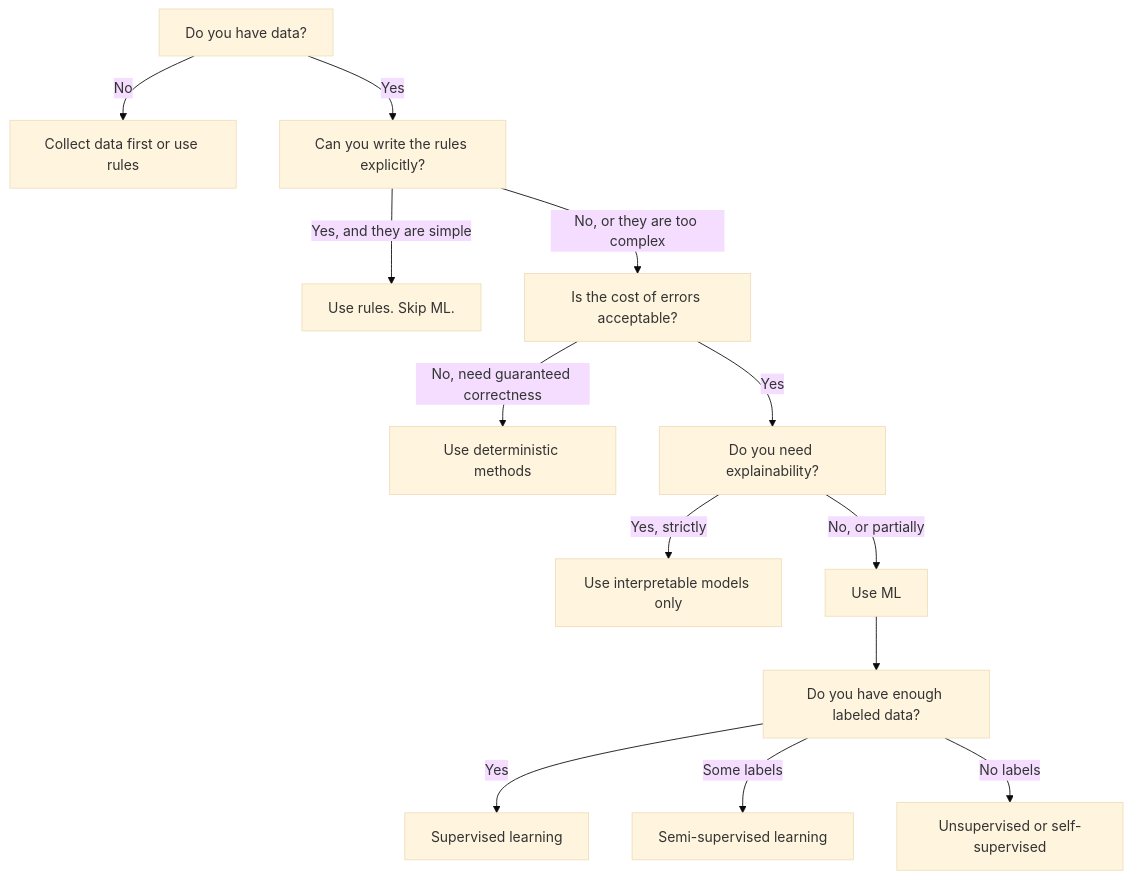
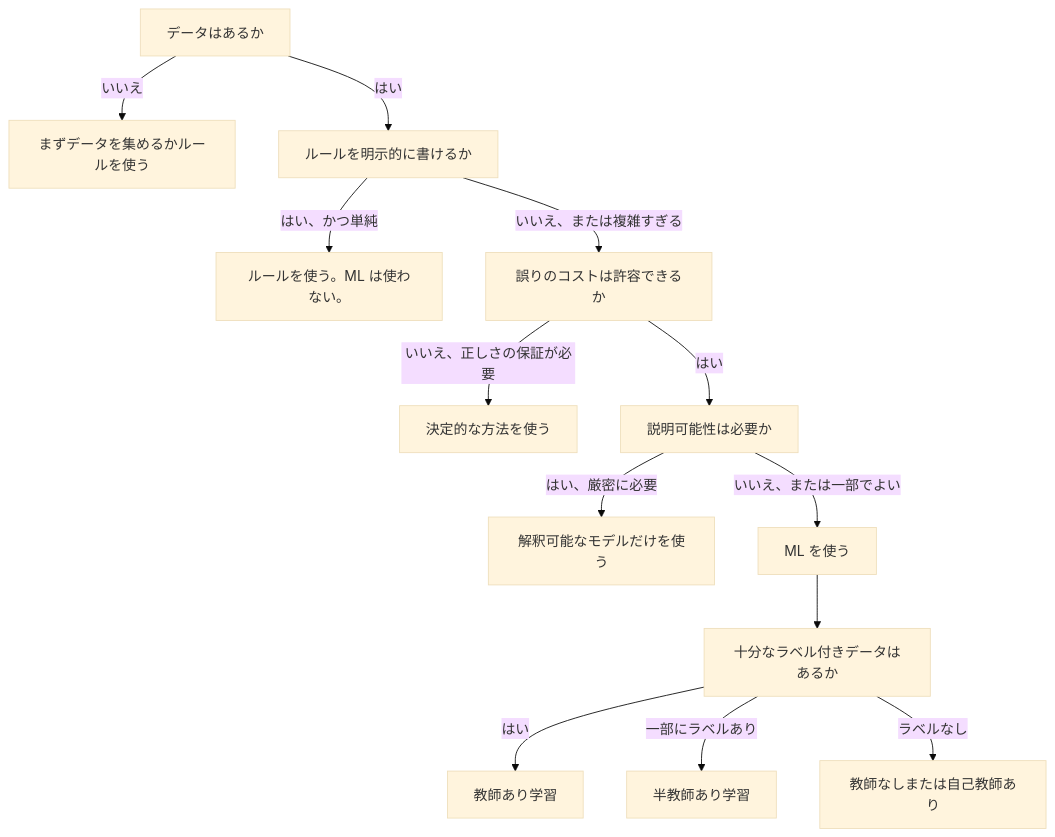
Before and after one commit to rohitg00/ai-engineering-from-scratch: the sixth of 6 diagrams in phases/02-ml-fundamentals/01-what-is-machine-learning/docs/en.md, drawn with Mermaid (base theme). The commit also changed other lines of this file and 1935 other files, not shown here.

````diff
--- a/phases/02-ml-fundamentals/01-what-is-machine-learning/docs/en.md
+++ b/phases/02-ml-fundamentals/01-what-is-machine-learning/docs/en.md
@@ -275,15 +275,15 @@
 ```mermaid
 flowchart TD
-    A["Do you have data?"] -->|No| B["Collect data first or use rules"]
-    A -->|Yes| C["Can you write the rules explicitly?"]
-    C -->|"Yes, and they are simple"| D["Use rules. Skip ML."]
-    C -->|"No, or they are too complex"| E["Is the cost of errors acceptable?"]
-    E -->|"No, need guaranteed correctness"| F["Use deterministic methods"]
-    E -->|Yes| G["Do you need explainability?"]
-    G -->|"Yes, strictly"| H["Use interpretable models only"]
-    G -->|"No, or partially"| I["Use ML"]
-    I --> J["Do you have enough labeled data?"]
-    J -->|Yes| K["Supervised learning"]
-    J -->|"Some labels"| L["Semi-supervised learning"]
-    J -->|"No labels"| M["Unsupervised or self-supervised"]
+    A["データはあるか"] -->|いいえ| B["まずデータを集めるかルールを使う"]
+    A -->|はい| C["ルールを明示的に書けるか"]
+    C -->|"はい、かつ単純"| D["ルールを使う。ML は使わない。"]
+    C -->|"いいえ、または複雑すぎる"| E["誤りのコストは許容できるか"]
+    E -->|"いいえ、正しさの保証が必要"| F["決定的な方法を使う"]
+    E -->|はい| G["説明可能性は必要か"]
+    G -->|"はい、厳密に必要"| H["解釈可能なモデルだけを使う"]
+    G -->|"いいえ、または一部でよい"| I["ML を使う"]
+    I --> J["十分なラベル付きデータはあるか"]
+    J -->|はい| K["教師あり学習"]
+    J -->|"一部にラベルあり"| L["半教師あり学習"]
+    J -->|"ラベルなし"| M["教師なしまたは自己教師あり"]
 ```
````
